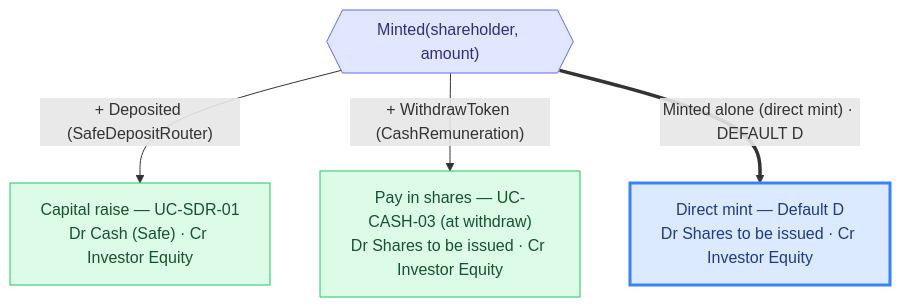
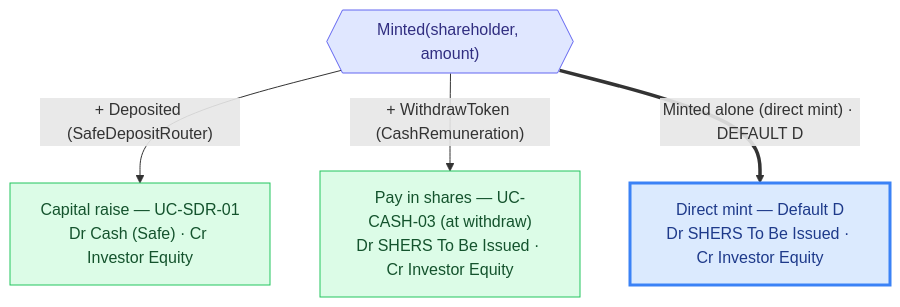
One commit to globe-and-citizen/cnc-portal changed the third of 3 diagrams in docs/features/accounting/money-flow-catalogue.md. Above: the diagram before and after it, drawn with Mermaid. The commit also changed other lines of this file and 1 other file, not shown here.

Commit message:
fix: 🐛 update accounting terminology to replace "Shares to be issued" with "SHERS To Be Issued" and introduce "Deferred SHER Compensation" as a contra-equity account

````diff
--- a/docs/features/accounting/money-flow-catalogue.md
+++ b/docs/features/accounting/money-flow-catalogue.md
@@ -267,11 +271,11 @@
 ```mermaid
 flowchart TD
   minted{{"Minted(shareholder, amount)"}}:::evt
   minted -->|"+ Deposited (SafeDepositRouter)"| cap["Capital raise — UC-SDR-01<br/>Dr Cash (Safe) · Cr Investor Equity"]:::ok
-  minted -->|"+ WithdrawToken (CashRemuneration)"| pay["Pay in shares — UC-CASH-03 (at withdraw)<br/>Dr Shares to be issued · Cr Investor Equity"]:::ok
-  minted ==>|"Minted alone (direct mint) · DEFAULT D"| d["Direct mint — Default D<br/>Dr Shares to be issued · Cr Investor Equity"]:::def
+  minted -->|"+ WithdrawToken (CashRemuneration)"| pay["Pay in shares — UC-CASH-03 (at withdraw)<br/>Dr SHERS To Be Issued · Cr Investor Equity"]:::ok
+  minted ==>|"Minted alone (direct mint) · DEFAULT D"| d["Direct mint — Default D<br/>Dr SHERS To Be Issued · Cr Investor Equity"]:::def
 
   classDef evt fill:#e0e7ff,stroke:#6366f1,color:#312e81;
   classDef ok fill:#dcfce7,stroke:#22c55e,color:#14532d;
   classDef def fill:#dbeafe,stroke:#3b82f6,color:#1e3a8a,stroke-width:3px;
 ```
````
